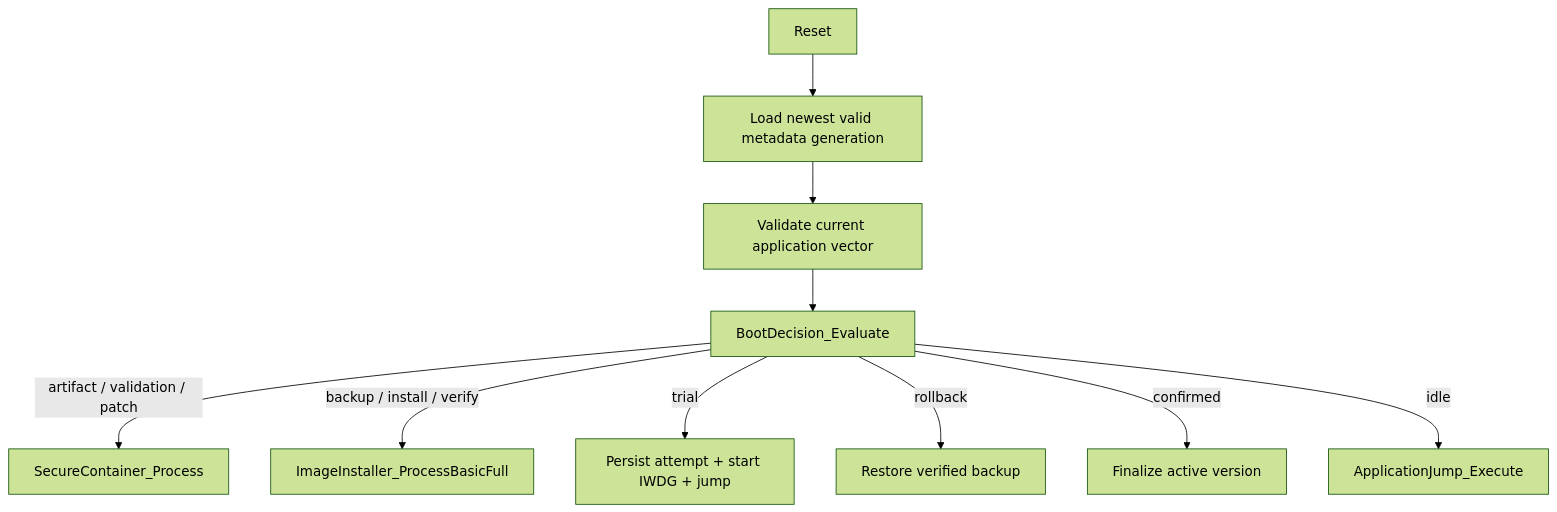
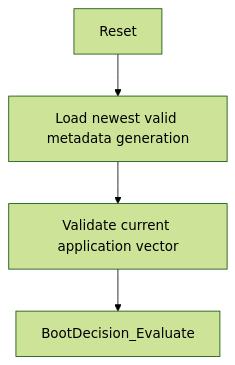
One commit to haikevins/secure-delta-ota-bootloader changed the first of 3 diagrams in node-stm32f103/README.md. Above: the diagram before and after it, drawn with Mermaid (forest theme). The commit also changed other lines of this file and 8 other files, not shown here.

````diff
--- a/node-stm32f103/README.md
+++ b/node-stm32f103/README.md
@@ -56,12 +56,6 @@
 ```mermaid
-flowchart TD
+flowchart TB
     R["Reset"] --> M["Load newest valid metadata generation"]
     M --> V["Validate current application vector"]
     V --> D["BootDecision_Evaluate"]
-    D -->|"artifact / validation / patch"| S["SecureContainer_Process"]
-    D -->|"backup / install / verify"| I["ImageInstaller_ProcessBasicFull"]
-    D -->|"trial"| T["Persist attempt + start IWDG + jump"]
-    D -->|"rollback"| B["Restore verified backup"]
-    D -->|"confirmed"| C["Finalize active version"]
-    D -->|"idle"| J["ApplicationJump_Execute"]
 ```
````
